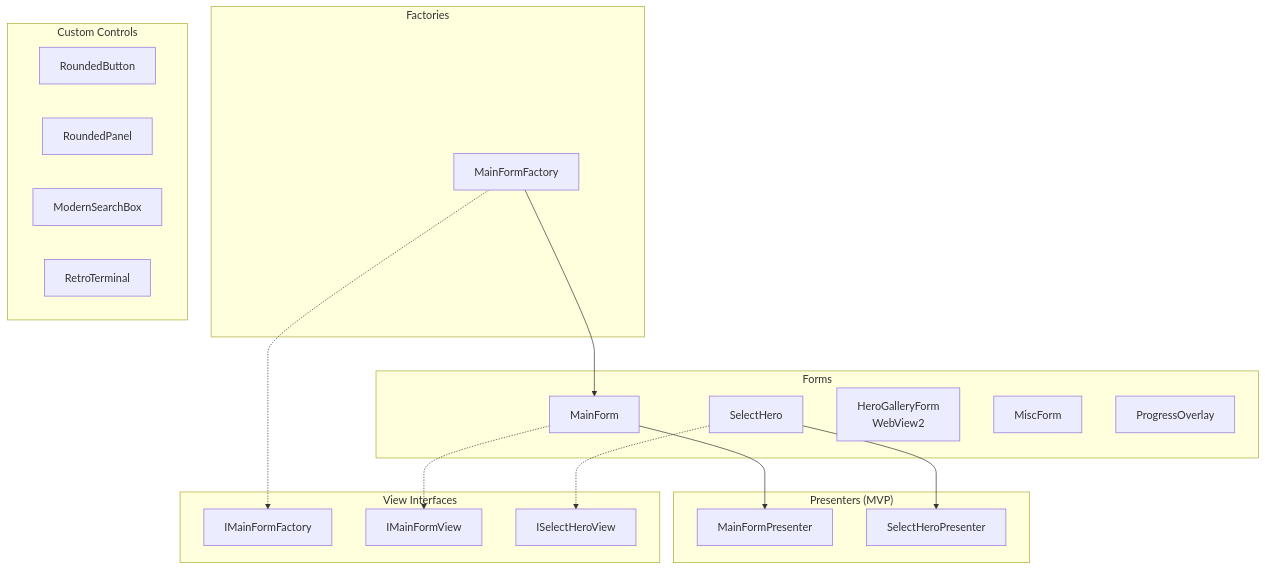
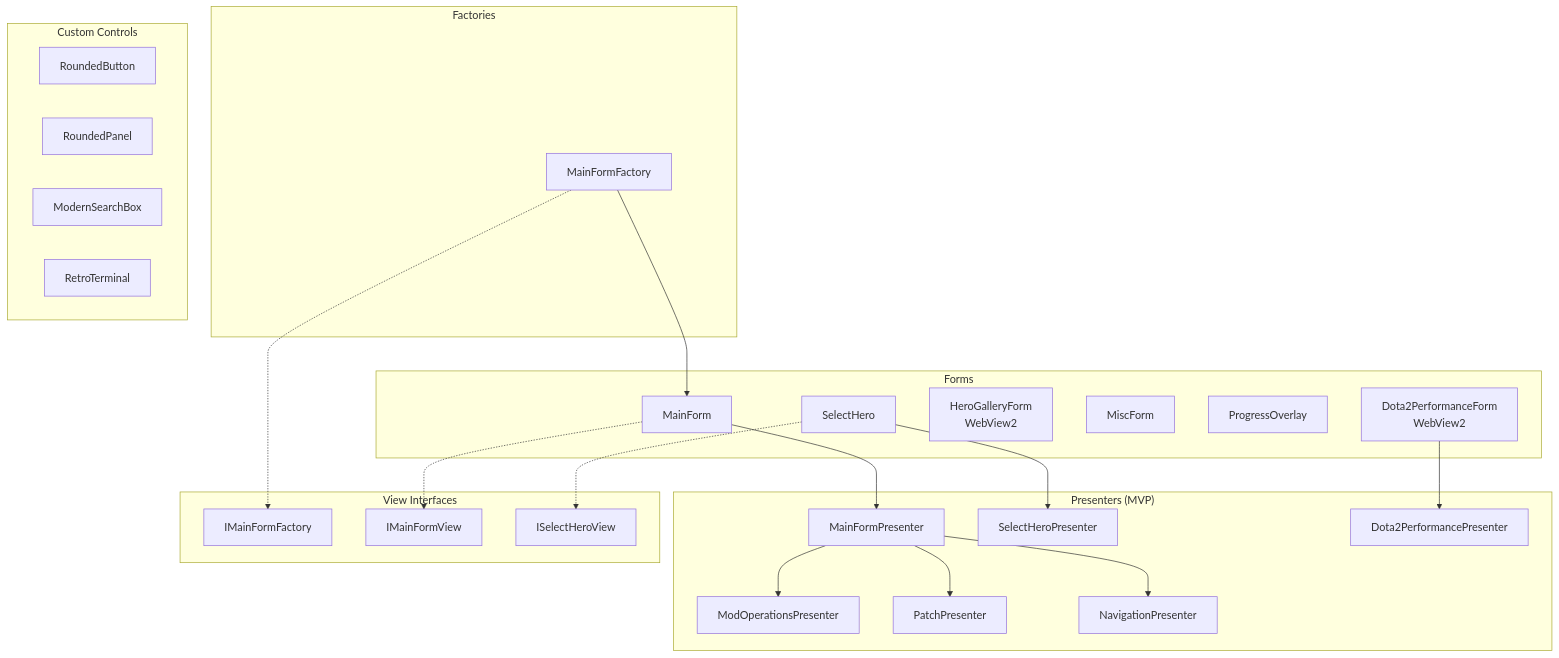
One commit to Anneardysa/ArdysaModsTools changed the diagram in docs/developer/api/ui-components.md. Above: the diagram before and after it, drawn with Mermaid. The commit also changed other lines of this file and 59 other files, not shown here.

Commit message:
2.1.26-beta | Feature | Add Persona support, slot tag mutual exclusion, and Dota2PerformanceForm MVP refactoring | 2133

````diff
--- a/docs/developer/api/ui-components.md
+++ b/docs/developer/api/ui-components.md
@@ -9,39 +9,48 @@
 ```mermaid
 graph TB
     subgraph Forms["Forms"]
         MF[MainForm]
         SH[SelectHero]
         HGF[HeroGalleryForm\nWebView2]
         MiscF[MiscForm]
         PO[ProgressOverlay]
+        D2PF[Dota2PerformanceForm\nWebView2]
     end
 
     subgraph Factories["Factories"]
         MFF[MainFormFactory]
     end
 
     subgraph Presenters["Presenters (MVP)"]
         MFP[MainFormPresenter]
+        MOP[ModOperationsPresenter]
+        PP[PatchPresenter]
+        NP[NavigationPresenter]
         SHP[SelectHeroPresenter]
+        D2PP[Dota2PerformancePresenter]
     end
 
     subgraph Controls["Custom Controls"]
         RB[RoundedButton]
         RP[RoundedPanel]
         MSB[ModernSearchBox]
         RT[RetroTerminal]
     end
 
     subgraph Interfaces["View Interfaces"]
         IMFF[IMainFormFactory]
         IMFV[IMainFormView]
         ISHV[ISelectHeroView]
     end
 
     MFF .-> IMFF
     MFF --> MF
     MF .-> IMFV
     SH .-> ISHV
     MF --> MFP
+    MFP --> MOP
+    MFP --> PP
+    MFP --> NP
     SH --> SHP
+    D2PF --> D2PP
 ```
````
